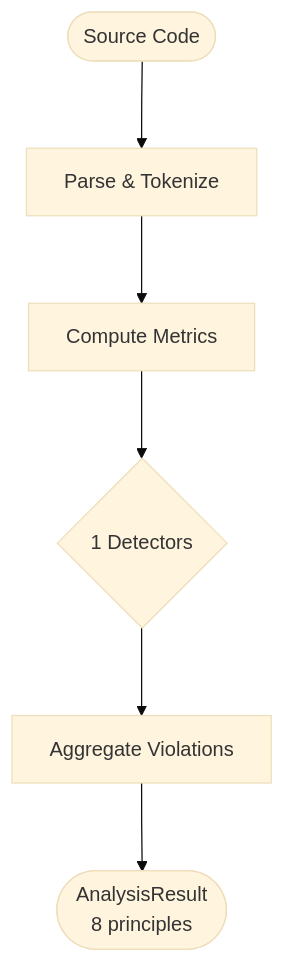
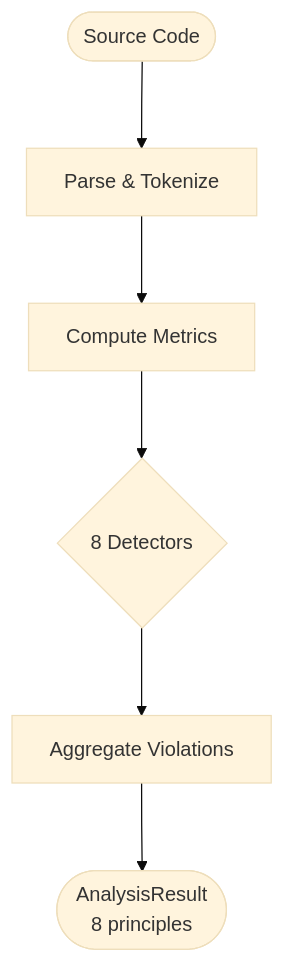
One commit to Anselmoo/mcp-zen-of-languages changed the third of 4 diagrams in docs/user-guide/frameworks/pydantic.md. Above: the diagram before and after it, drawn with Mermaid. The commit also changed other lines of this file and 41 other files, not shown here.

````diff
--- a/docs/user-guide/frameworks/pydantic.md
+++ b/docs/user-guide/frameworks/pydantic.md
@@ -196,9 +236,9 @@
     ```mermaid
     %%{init: {"theme": "base", "flowchart": {"useMaxWidth": false, "htmlLabels": true, "nodeSpacing": 50, "rankSpacing": 70}}}%%
     flowchart TD
     Source(["Source Code"]) --> Parse["Parse & Tokenize"]
     Parse --> Metrics["Compute Metrics"]
-    Metrics --> Pipeline{"1 Detectors"}
+    Metrics --> Pipeline{"8 Detectors"}
     Pipeline --> Collect["Aggregate Violations"]
     Collect --> Result(["AnalysisResult<br/>8 principles"])
     ```
````
